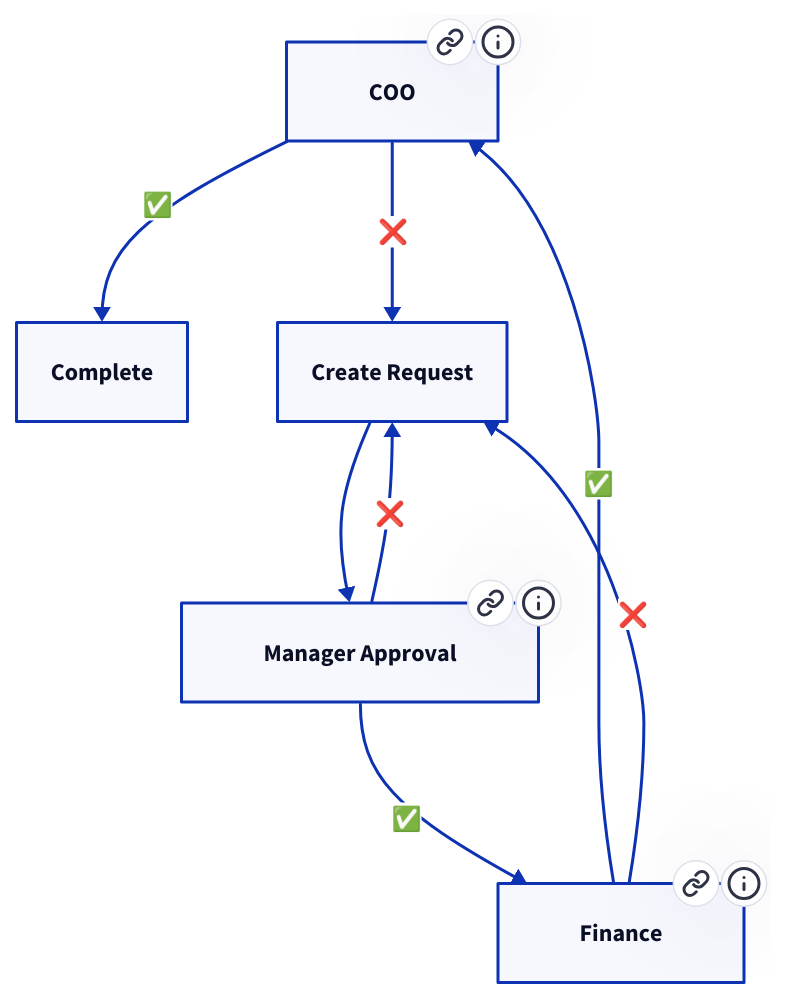
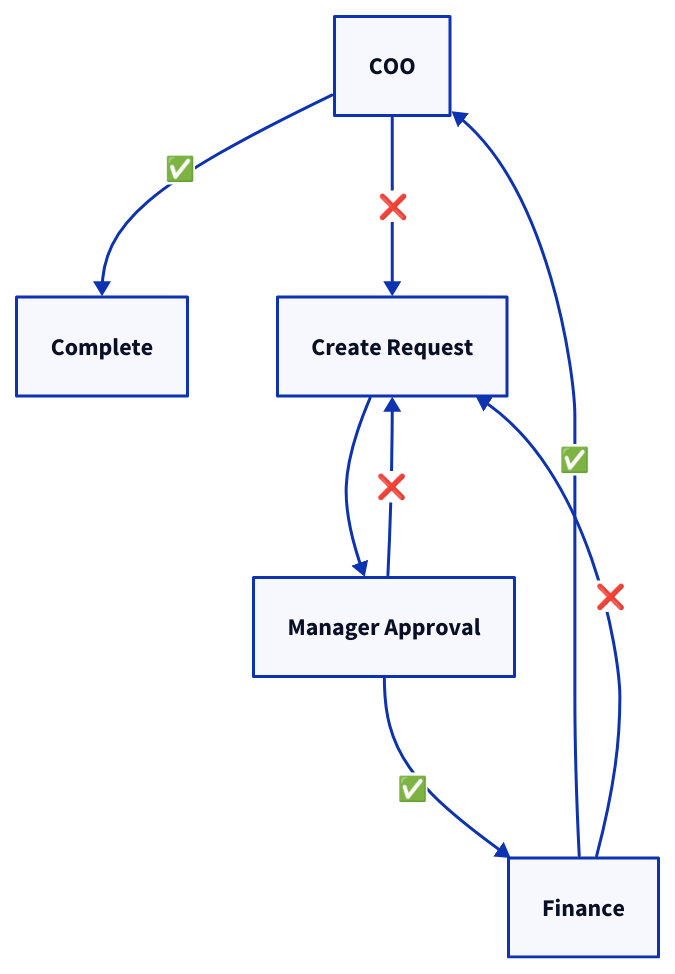
The first of 3 diagrams in src/content/docs/pro/documenting/templates/automations/examples/multi-level-approval-loops.mdx (tallyfy/documentation), drawn with D2 before and after one commit. The commit also changed other lines of this file and 35 other files, not shown here.

First line of the commit message:
Remove .link and .tooltip properties from D2 diagrams

````diff
--- a/src/content/docs/pro/documenting/templates/automations/examples/multi-level-approval-loops.mdx
+++ b/src/content/docs/pro/documenting/templates/automations/examples/multi-level-approval-loops.mdx
@@ -31,21 +31,15 @@
 ```d2
 COO: "COO"
 Complete: "Complete"
 Finance: "Finance"
 Create: "Create Request"
 Manager: "Manager Approval"
 Create -> Manager
 Manager -> Finance: "✅"
 Manager -> Create: "❌"
 Finance -> COO: "✅"
 Finance -> Create: "❌"
 COO -> Complete: "✅"
 COO -> Create: "❌"
 
-Manager.link: "/products/pro/documenting/templates/automations/actions/status-actions/"
-Manager.tooltip: "Learn about status actions for re-opening tasks"
-Finance.link: "/products/pro/documenting/templates/automations/actions/visibility-actions/"
-Finance.tooltip: "Learn about visibility rules for approval flow"
-COO.link: "/products/pro/tutorials/how-to/track-and-run-complex-approval-workflows/"
-COO.tooltip: "See complex approval workflow patterns"
 ```
````
